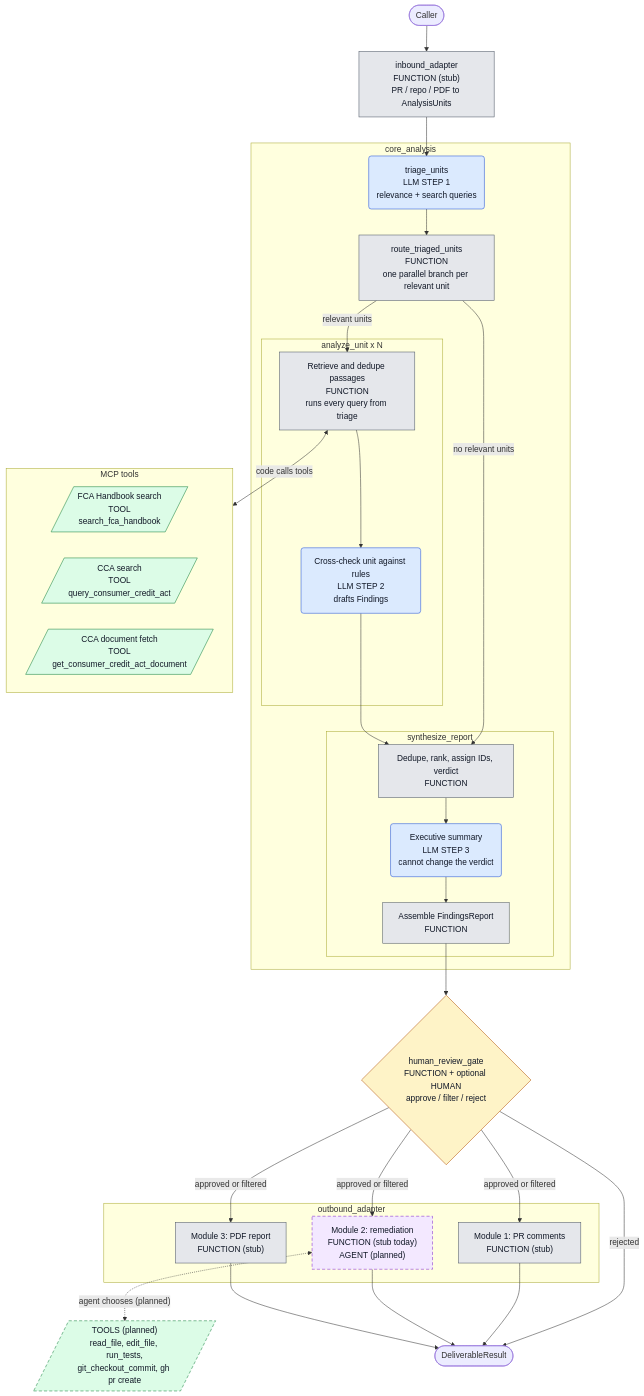
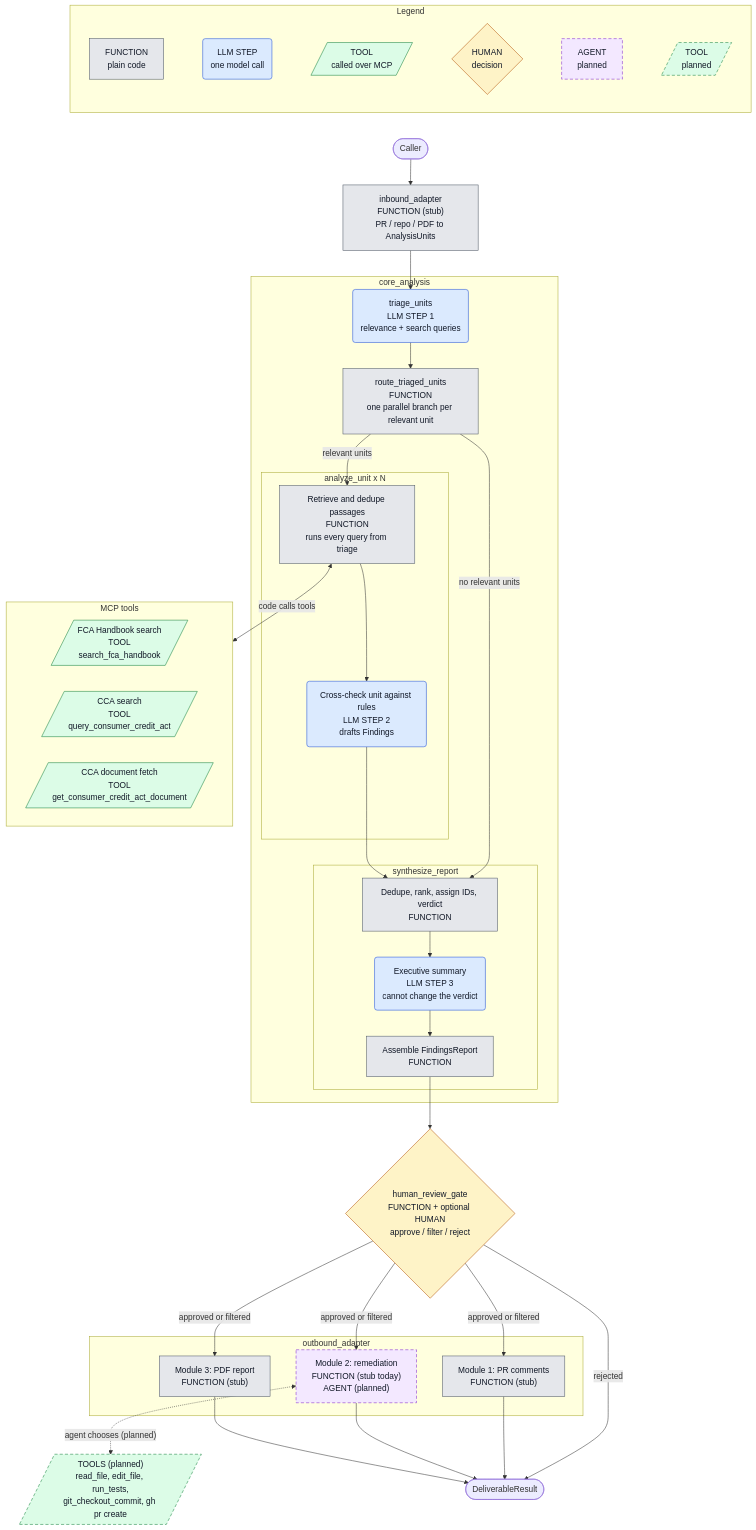
One commit to langchain-samples/fsi-hackathon-london-2026 changed the third of 3 diagrams in 04_fca_compliance_agent/ARCHITECTURE.md. Above: the diagram before and after it, drawn with Mermaid.

Commit message:
docs: add a legend to the agentic architecture diagram

````diff
--- a/04_fca_compliance_agent/ARCHITECTURE.md
+++ b/04_fca_compliance_agent/ARCHITECTURE.md
@@ -124,60 +124,66 @@
 ```mermaid
 flowchart TB
     START(["Caller"]) --> IN["inbound_adapter<br/>FUNCTION (stub)<br/>PR / repo / PDF to AnalysisUnits"]
 
     subgraph CORE["core_analysis"]
         TRI("triage_units<br/>LLM STEP 1<br/>relevance + search queries")
         ROUTE["route_triaged_units<br/>FUNCTION<br/>one parallel branch per relevant unit"]
 
         subgraph ANALYZE["analyze_unit x N"]
             RET["Retrieve and dedupe passages<br/>FUNCTION<br/>runs every query from triage"]
             CHECK("Cross-check unit against rules<br/>LLM STEP 2<br/>drafts Findings")
         end
 
         subgraph SYNTH["synthesize_report"]
             RANK["Dedupe, rank, assign IDs, verdict<br/>FUNCTION"]
             SUM("Executive summary<br/>LLM STEP 3<br/>cannot change the verdict")
             REPORT["Assemble FindingsReport<br/>FUNCTION"]
         end
     end
 
     subgraph TOOLS["MCP tools"]
         FCA[/"FCA Handbook search<br/>TOOL<br/>search_fca_handbook"/]
         CCA[/"CCA search<br/>TOOL<br/>query_consumer_credit_act"/]
         CCADOC[/"CCA document fetch<br/>TOOL<br/>get_consumer_credit_act_document"/]
     end
 
     GATE{"human_review_gate<br/>FUNCTION + optional HUMAN<br/>approve / filter / reject"}
 
     subgraph OUT["outbound_adapter"]
         OUTPR["Module 1: PR comments<br/>FUNCTION (stub)"]
         OUTREPO["Module 2: remediation<br/>FUNCTION (stub today)<br/>AGENT (planned)"]
         OUTPDF["Module 3: PDF report<br/>FUNCTION (stub)"]
     end
 
     AGTOOLS[/"TOOLS (planned)<br/>read_file, edit_file, run_tests,<br/>git_checkout_commit, gh pr create"/]
     DONE(["DeliverableResult"])
 
+    subgraph LEGEND["Legend"]
+        direction LR
+        L1["FUNCTION<br/>plain code"] ~~~ L2("LLM STEP<br/>one model call") ~~~ L3[/"TOOL<br/>called over MCP"/] ~~~ L4{"HUMAN<br/>decision"} ~~~ L5["AGENT<br/>planned"] ~~~ L6[/"TOOL<br/>planned"/]
+    end
+    LEGEND ~~~ START
+
     IN --> TRI --> ROUTE
     ROUTE -->|"relevant units"| RET
     ROUTE -->|"no relevant units"| RANK
     RET --> CHECK --> RANK --> SUM --> REPORT --> GATE
     RET <-->|"code calls tools"| TOOLS
     GATE -->|"approved or filtered"| OUTPR & OUTREPO & OUTPDF
     GATE -->|"rejected"| DONE
     OUTREPO <-.->|"agent chooses (planned)"| AGTOOLS
     OUTPR & OUTREPO & OUTPDF --> DONE
 
     classDef fn fill:#e5e7eb,stroke:#4b5563,color:#111827
     classDef llm fill:#dbeafe,stroke:#1d4ed8,color:#111827
     classDef tool fill:#dcfce7,stroke:#15803d,color:#111827
     classDef human fill:#fef3c7,stroke:#b45309,color:#111827
     classDef agent fill:#f3e8ff,stroke:#7e22ce,color:#111827,stroke-dasharray:6 4
     classDef planned fill:#dcfce7,stroke:#15803d,color:#111827,stroke-dasharray:6 4
-    class IN,ROUTE,RET,RANK,REPORT,OUTPR,OUTPDF fn
-    class TRI,CHECK,SUM llm
-    class FCA,CCA,CCADOC tool
-    class GATE human
-    class OUTREPO agent
-    class AGTOOLS planned
+    class IN,ROUTE,RET,RANK,REPORT,OUTPR,OUTPDF,L1 fn
+    class TRI,CHECK,SUM,L2 llm
+    class FCA,CCA,CCADOC,L3 tool
+    class GATE,L4 human
+    class OUTREPO,L5 agent
+    class AGTOOLS,L6 planned
 ```
````
